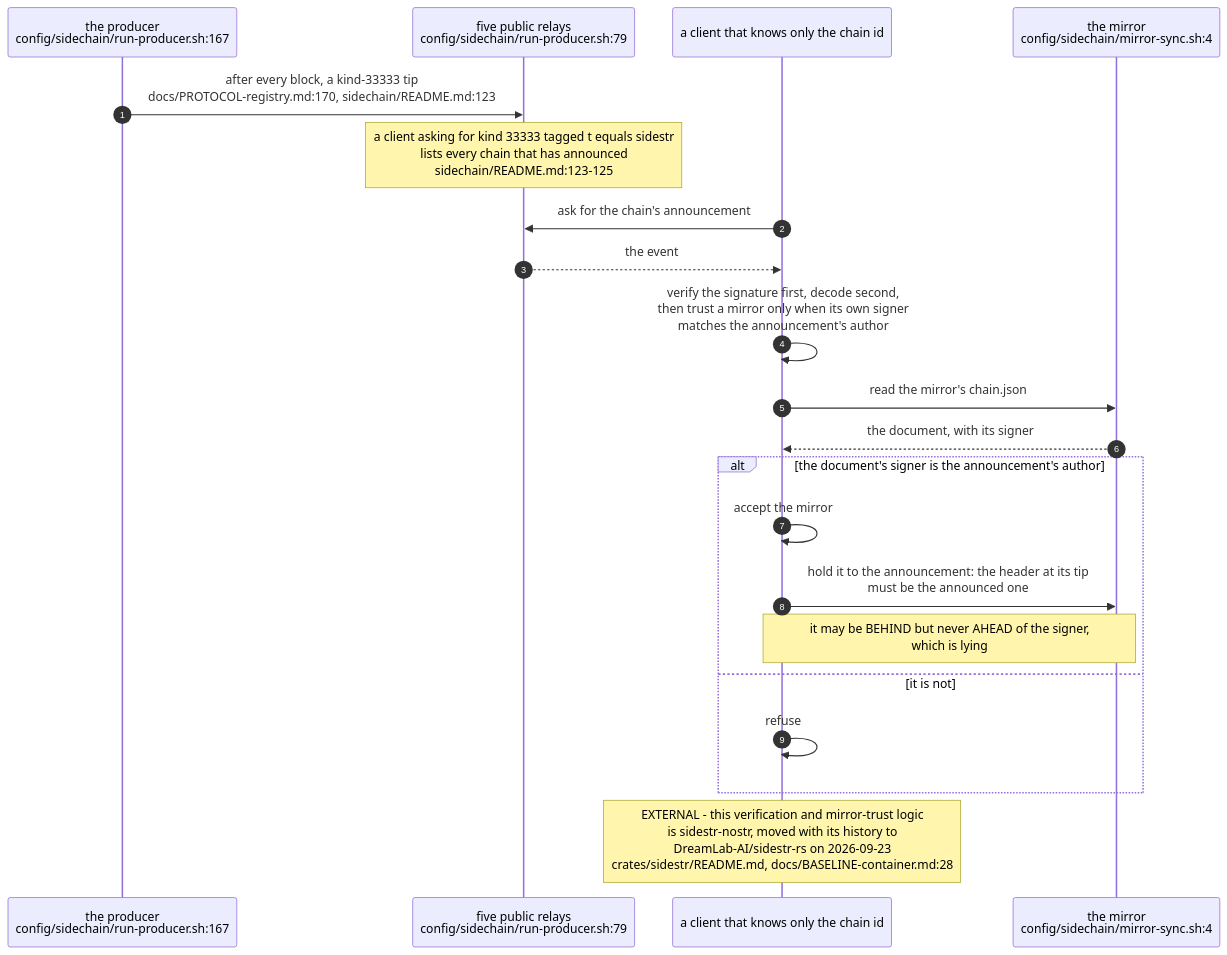
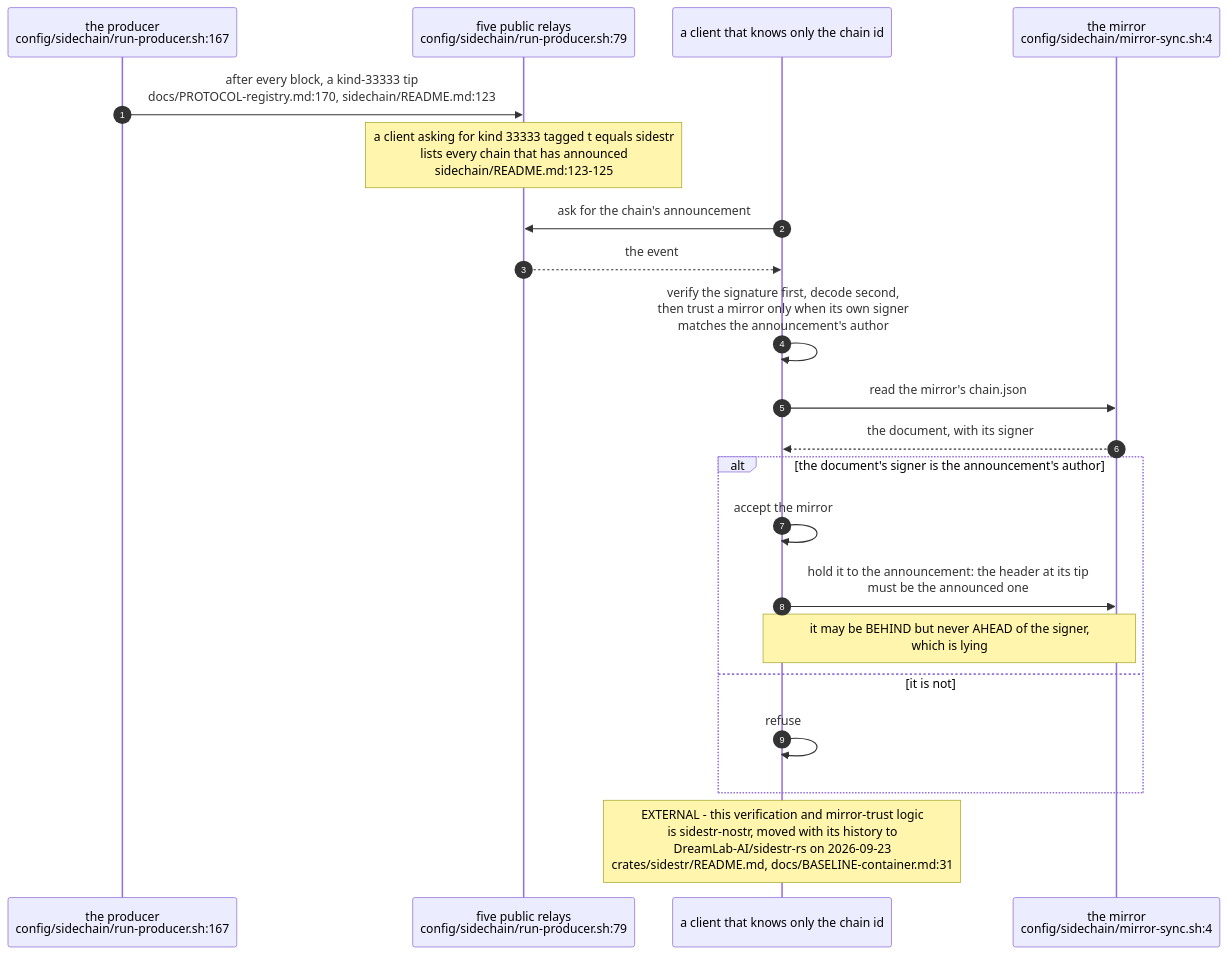
One commit to DreamLab-AI/VisionFlow changed the second of 6 diagrams in docs/diagrams/agentbox/34-sidestr-interim-producer-and-mirror.md. Above: the diagram before and after it, drawn with Mermaid. The commit also changed other lines of this file and 7 other files, not shown here.

````diff
--- a/docs/diagrams/agentbox/34-sidestr-interim-producer-and-mirror.md
+++ b/docs/diagrams/agentbox/34-sidestr-interim-producer-and-mirror.md
@@ -115,24 +115,24 @@
 ```mermaid
 sequenceDiagram
     autonumber
     participant PR as the producer<br/>config/sidechain/run-producer.sh:167
     participant RL as five public relays<br/>config/sidechain/run-producer.sh:79
     participant CL as a client that knows only the chain id
     participant MI as the mirror<br/>config/sidechain/mirror-sync.sh:4
 
     PR->>RL: after every block, a kind-33333 tip<br/>docs/PROTOCOL-registry.md:170, sidechain/README.md:123
     Note over RL: a client asking for kind 33333 tagged t equals sidestr<br/>lists every chain that has announced<br/>sidechain/README.md:123-125
     CL->>RL: ask for the chain's announcement
     RL-->>CL: the event
     CL->>CL: verify the signature first, decode second,<br/>then trust a mirror only when its own signer<br/>matches the announcement's author
     CL->>MI: read the mirror's chain.json
     MI-->>CL: the document, with its signer
     alt the document's signer is the announcement's author
         CL->>CL: accept the mirror
         CL->>MI: hold it to the announcement: the header at its tip<br/>must be the announced one
         Note over CL,MI: it may be BEHIND but never AHEAD of the signer,<br/>which is lying
     else it is not
         CL->>CL: refuse
     end
-    Note over CL: EXTERNAL - this verification and mirror-trust logic<br/>is sidestr-nostr, moved with its history to<br/>DreamLab-AI/sidestr-rs on 2026-09-23<br/>crates/sidestr/README.md, docs/BASELINE-container.md:28
+    Note over CL: EXTERNAL - this verification and mirror-trust logic<br/>is sidestr-nostr, moved with its history to<br/>DreamLab-AI/sidestr-rs on 2026-09-23<br/>crates/sidestr/README.md, docs/BASELINE-container.md:31
 ```
````
